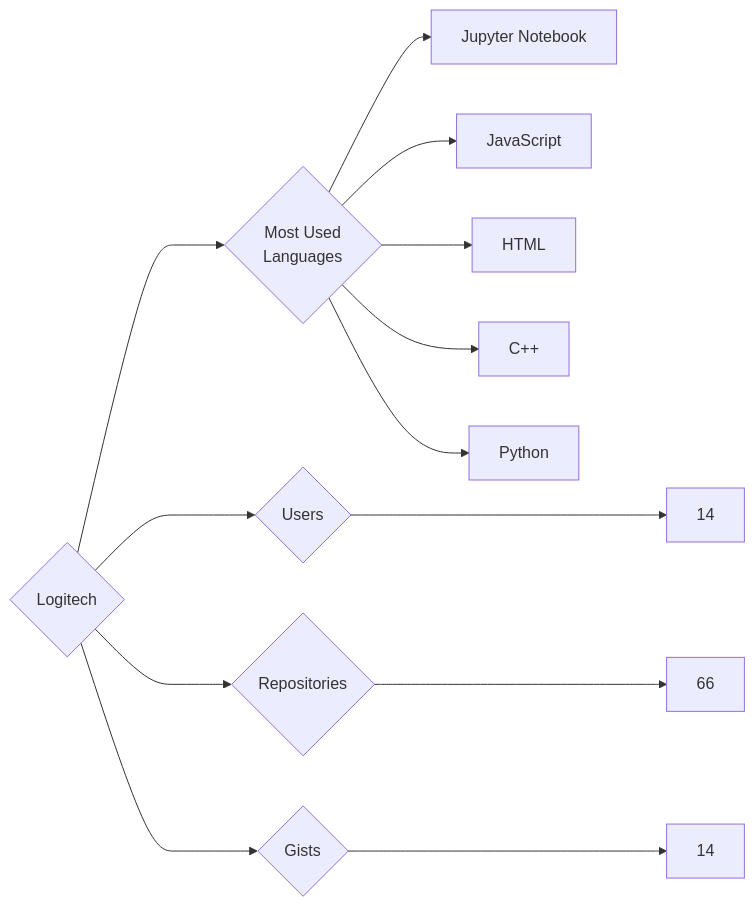
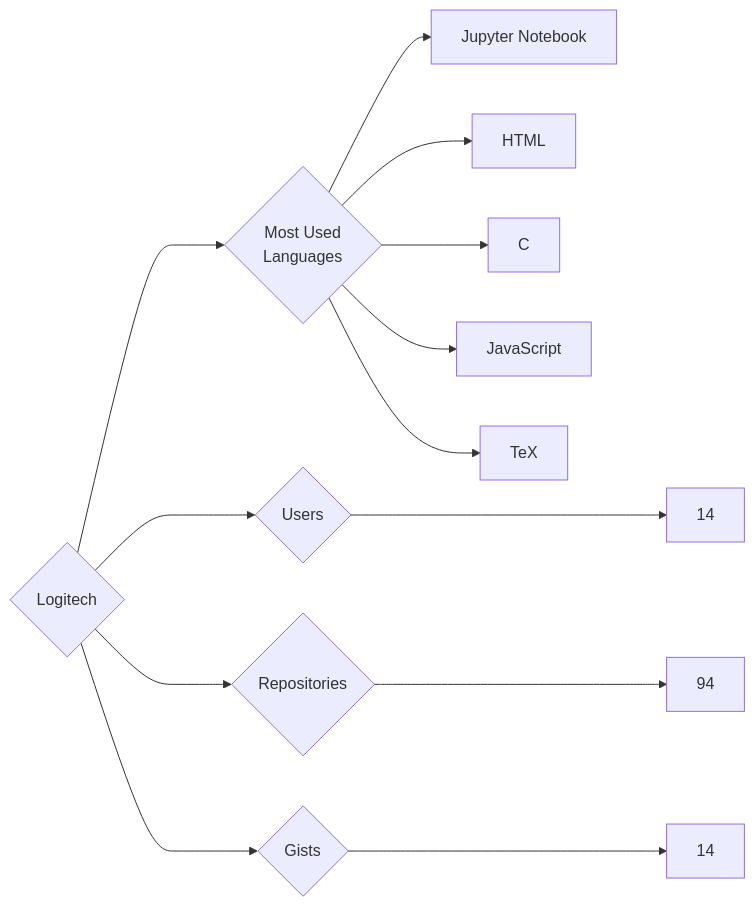
The diagram in targets/Logitech/README.md (trickest/insiders), drawn with Mermaid before and after one commit. The commit also changed 927 other files, not shown here.

````diff
--- a/targets/Logitech/README.md
+++ b/targets/Logitech/README.md
@@ -3,13 +3,13 @@
 ```mermaid
 graph LR
 COMPANY_NAME{Logitech}
 COMPANY_NAME ---> U{Users} ---> UN[14]
-COMPANY_NAME ---> R{Repositories} ---> RN[66]
+COMPANY_NAME ---> R{Repositories} ---> RN[94]
 COMPANY_NAME ---> G{Gists} ---> GN[14]
 COMPANY_NAME ---> ML{Most Used<br>Languages}
 ML --> Jupyter_Notebook[Jupyter Notebook]
+ML --> HTML[HTML]
+ML --> C[C]
 ML --> JavaScript[JavaScript]
-ML --> HTML[HTML]
-ML --> C++[C++]
-ML --> Python[Python]
+ML --> TeX[TeX]
 ```
````
